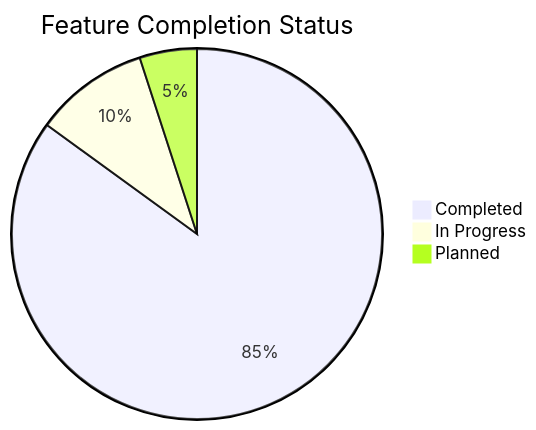
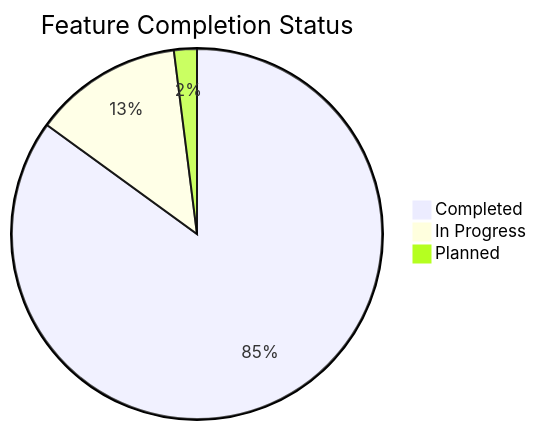
One commit to mrj0nesmtl/cloud-burst changed the second of 2 diagrams in docs/planning/roadmap.md. Above: the diagram before and after it, drawn with Mermaid. The commit also changed other lines of this file and 6 other files, not shown here.

Commit message:
Update version to 0.7.8 and adjust project timeline

````diff
--- a/docs/planning/roadmap.md
+++ b/docs/planning/roadmap.md
@@ -175,6 +184,6 @@
 ```mermaid
 pie title Feature Completion Status
     "Completed" : 85
-    "In Progress" : 10
-    "Planned" : 5
+    "In Progress" : 13
+    "Planned" : 2
 ```
````
